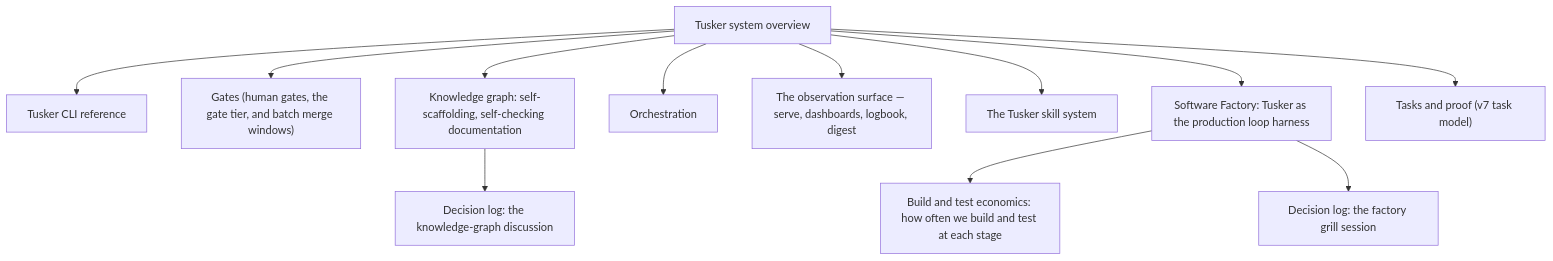
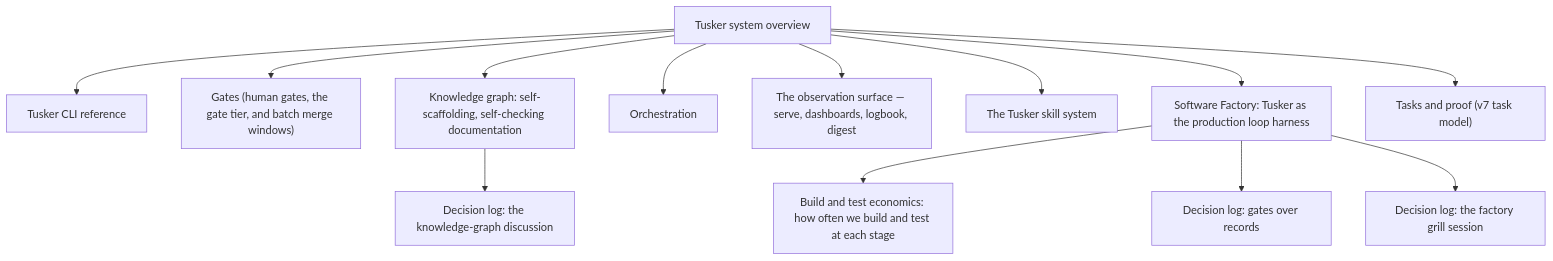
Before and after one commit to srv1n/tusker: the second of 2 diagrams in docs/system/00-overview.md, drawn with Mermaid. The commit also changed 15 other files, not shown here.

Commit message:
spec(factory): gates-over-records decision — trim guard lectures, seed signs, cut auto-do and executable-proof tasks (FAC-T-0014, FAC-T-0015)

````diff
--- a/docs/system/00-overview.md
+++ b/docs/system/00-overview.md
@@ -97,26 +97,28 @@
 ```mermaid
 graph TD
   n_build_and_test_economics["Build and test economics: how often we build and test at each stage"]
   n_cli["Tusker CLI reference"]
   n_gates["Gates (human gates, the gate tier, and batch merge windows)"]
+  n_gates_over_records["Decision log: gates over records"]
   n_knowledge_graph["Knowledge graph: self-scaffolding, self-checking documentation"]
   n_knowledge_graph_grill["Decision log: the knowledge-graph discussion"]
   n_orchestration["Orchestration"]
   n_overview["Tusker system overview"]
   n_serve_ui["The observation surface — serve, dashboards, logbook, digest"]
   n_skills["The Tusker skill system"]
   n_software_factory["Software Factory: Tusker as the production loop harness"]
   n_software_factory_grill["Decision log: the factory grill session"]
   n_tasks_and_proof["Tasks and proof (v7 task model)"]
   n_software_factory --> n_build_and_test_economics
   n_overview --> n_cli
   n_overview --> n_gates
+  n_software_factory --> n_gates_over_records
   n_overview --> n_knowledge_graph
   n_knowledge_graph --> n_knowledge_graph_grill
   n_overview --> n_orchestration
   n_overview --> n_serve_ui
   n_overview --> n_skills
   n_overview --> n_software_factory
   n_software_factory --> n_software_factory_grill
   n_overview --> n_tasks_and_proof
 ```
````
